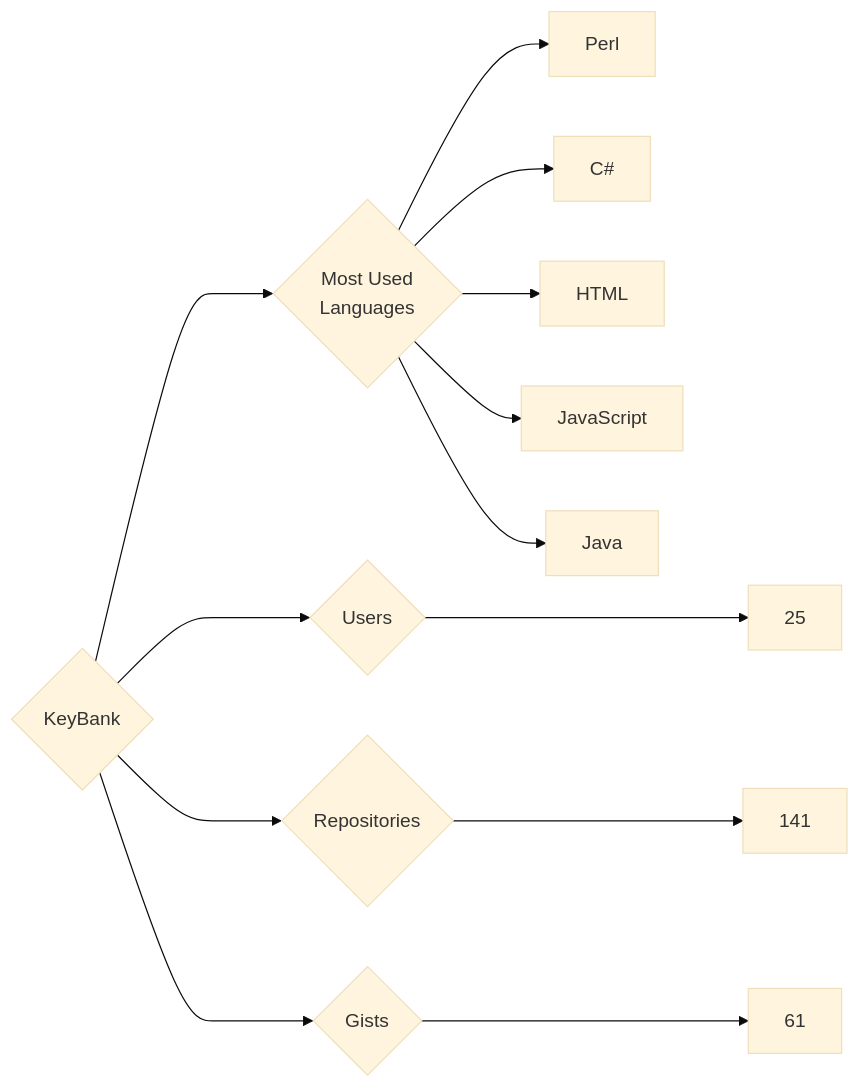
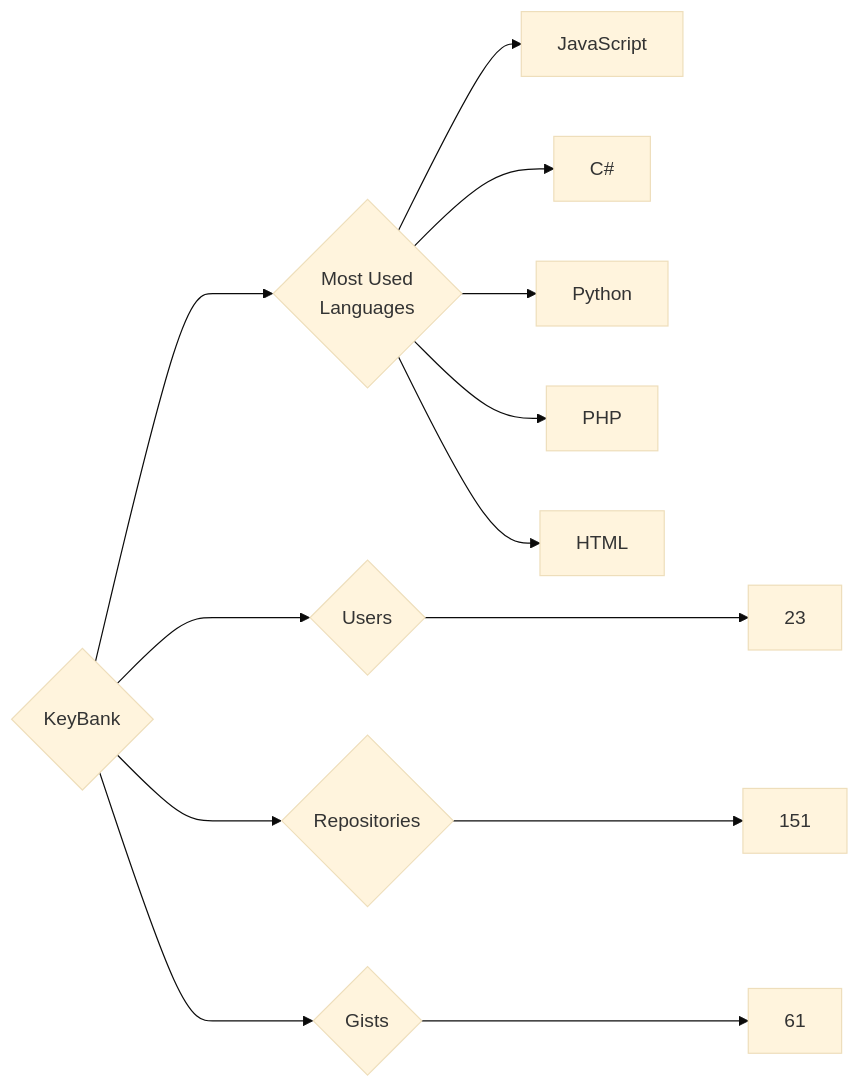
One commit to trickest/insiders changed the diagram in targets/KeyBank/README.md. Above: the diagram before and after it, drawn with Mermaid (base theme). The commit also changed 715 other files, not shown here.

````diff
--- a/targets/KeyBank/README.md
+++ b/targets/KeyBank/README.md
@@ -3,13 +3,13 @@
 ```mermaid
 graph LR
 COMPANY_NAME{KeyBank}
-COMPANY_NAME ---> U{Users} ---> UN[25]
-COMPANY_NAME ---> R{Repositories} ---> RN[141]
+COMPANY_NAME ---> U{Users} ---> UN[23]
+COMPANY_NAME ---> R{Repositories} ---> RN[151]
 COMPANY_NAME ---> G{Gists} ---> GN[61]
 COMPANY_NAME ---> ML{Most Used<br>Languages}
-ML --> Perl[Perl]
+ML --> JavaScript[JavaScript]
 ML --> C#[C#]
+ML --> Python[Python]
+ML --> PHP[PHP]
 ML --> HTML[HTML]
-ML --> JavaScript[JavaScript]
-ML --> Java[Java]
 ```
````
